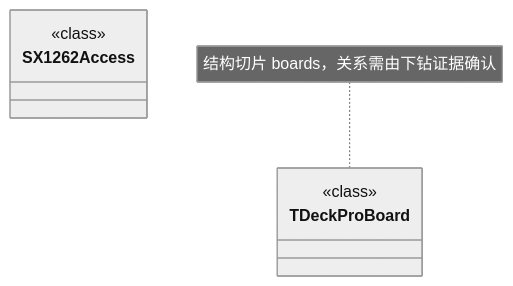
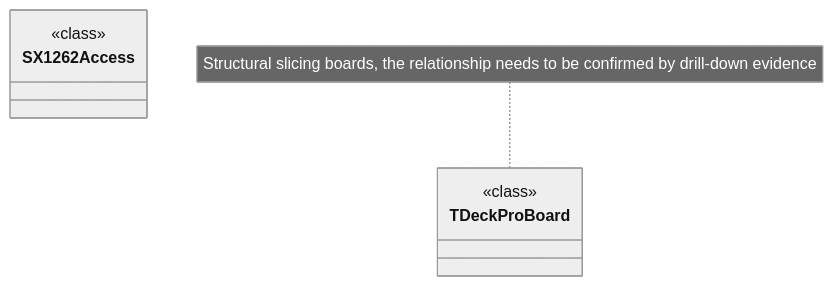
The diagram in docs/engineering/class-structural-diagrams/boards-tdeck_pro-include-boards/class-structural-diagram.md (manmuqingshan/trail-mate), drawn with Mermaid (neutral theme) before and after one commit. The commit also changed other lines of this file and 527 other files, not shown here.

````diff
--- a/docs/engineering/class-structural-diagrams/boards-tdeck_pro-include-boards/class-structural-diagram.md
+++ b/docs/engineering/class-structural-diagrams/boards-tdeck_pro-include-boards/class-structural-diagram.md
@@ -42,10 +42,10 @@
 ```mermaid
 classDiagram
   class TDeckProBoard["TDeckProBoard"] {
     <<class>>
   }
   class SX1262Access["SX1262Access"] {
     <<class>>
   }
-  note for TDeckProBoard "结构切片 boards，关系需由下钻证据确认"
+ note for TDeckProBoard "Structural slicing boards, the relationship needs to be confirmed by drill-down evidence"
 ```
````
